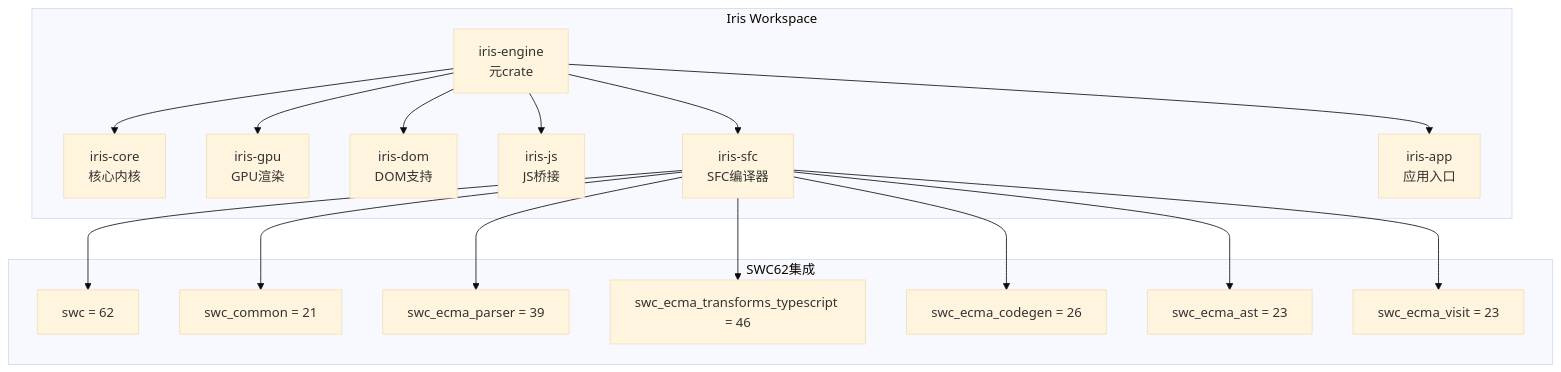
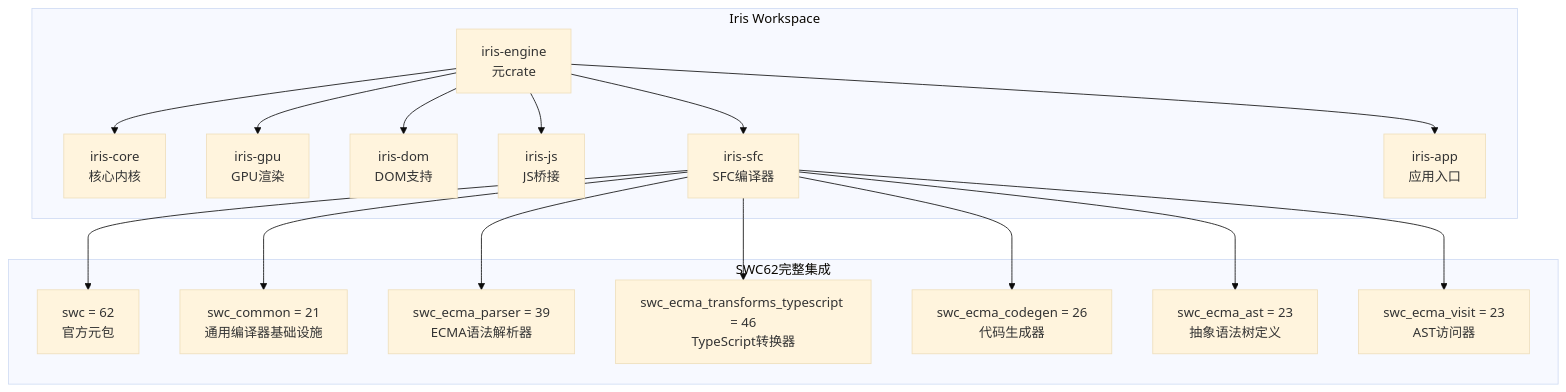
One commit to itszzl-sudo/iris changed the first of 7 diagrams in .qoder/repowiki/zh/content/项目概述/技术架构总览/SWC62集成完成报告.md. Above: the diagram before and after it, drawn with Mermaid (base theme). The commit also changed other lines of this file and 6 other files, not shown here.

````diff
--- a/.qoder/repowiki/zh/content/项目概述/技术架构总览/SWC62集成完成报告.md
+++ b/.qoder/repowiki/zh/content/项目概述/技术架构总览/SWC62集成完成报告.md
@@ -44,27 +51,27 @@
 ```mermaid
 graph TB
 subgraph "Iris Workspace"
 A[iris-engine<br/>元crate] --> B[iris-core<br/>核心内核]
 A --> C[iris-gpu<br/>GPU渲染]
 A --> D[iris-dom<br/>DOM支持]
 A --> E[iris-js<br/>JS桥接]
 A --> F[iris-sfc<br/>SFC编译器]
 A --> G[iris-app<br/>应用入口]
 end
-subgraph "SWC62集成"
-H[swc = 62]
-I[swc_common = 21]
-J[swc_ecma_parser = 39]
-K[swc_ecma_transforms_typescript = 46]
-L[swc_ecma_codegen = 26]
-M[swc_ecma_ast = 23]
-N[swc_ecma_visit = 23]
+subgraph "SWC62完整集成"
+H[swc = 62<br/>官方元包]
+I[swc_common = 21<br/>通用编译器基础设施]
+J[swc_ecma_parser = 39<br/>ECMA语法解析器]
+K[swc_ecma_transforms_typescript = 46<br/>TypeScript转换器]
+L[swc_ecma_codegen = 26<br/>代码生成器]
+M[swc_ecma_ast = 23<br/>抽象语法树定义]
+N[swc_ecma_visit = 23<br/>AST访问器]
 end
 F --> H
 F --> I
 F --> J
 F --> K
 F --> L
 F --> M
 F --> N
 ```
````
